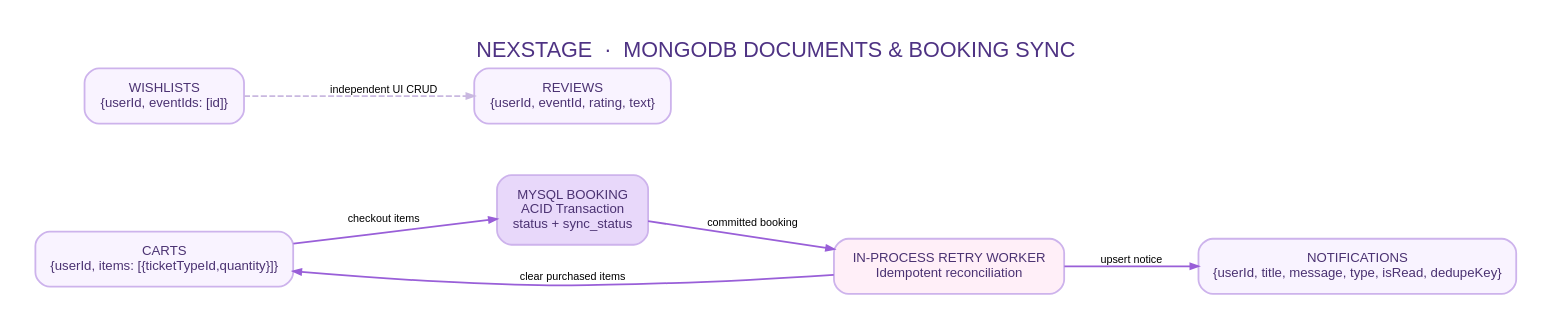
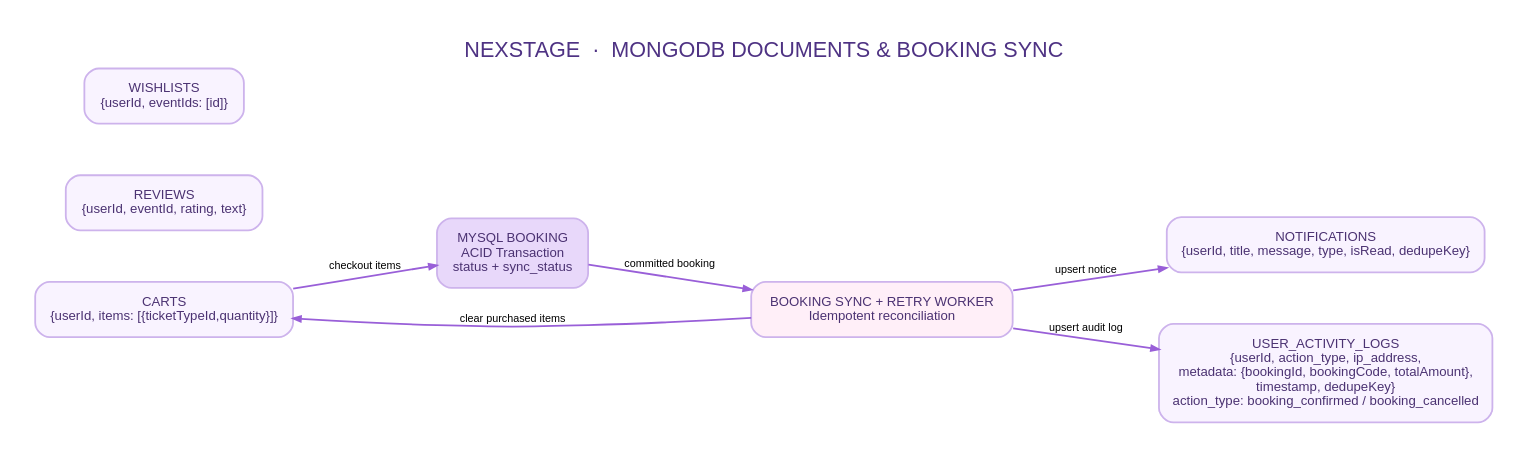
One commit to Inthat6810545999/NEXSTAGE changed the diagram in docs/diagrams/nosql_flow.dot. Above: the diagram before and after it, drawn with Graphviz. The commit also changed 5 other files, not shown here.

Commit message:
docs: update architecture and NoSQL diagrams for activity logs

```diff
--- a/docs/diagrams/nosql_flow.dot
+++ b/docs/diagrams/nosql_flow.dot
@@ -1,16 +1,17 @@
 digraph NOSQL {
  graph [bgcolor="#ffffff",rankdir=LR,nodesep="0.6",ranksep="0.75",pad="0.3",label="NEXSTAGE  ·  MONGODB DOCUMENTS & BOOKING SYNC",labelloc=t,fontname="Arial",fontsize=18,fontcolor="#4e3283"];
  node [shape=box,style="rounded,filled",fillcolor="#f9f3ff",color="#cdb3ec",penwidth=1.5,fontname="Arial",fontsize=11,fontcolor="#4b3272",margin=".20,.15"];
  edge [color="#995fd8",penwidth=1.5,fontsize=9,fontname="Arial",arrowsize=.65];
  cart[label="CARTS\n{userId, items: [{ticketTypeId,quantity}]}" ];
  review[label="REVIEWS\n{userId, eventId, rating, text}" ];
  wishlist[label="WISHLISTS\n{userId, eventIds: [id]}" ];
  notification[label="NOTIFICATIONS\n{userId, title, message, type, isRead, dedupeKey}" ];
+ activity_log[label="USER_ACTIVITY_LOGS\n{userId, action_type, ip_address,\nmetadata: {bookingId, bookingCode, totalAmount},\ntimestamp, dedupeKey}\naction_type: booking_confirmed / booking_cancelled" ];
  sql[label="MYSQL BOOKING\nACID Transaction\nstatus + sync_status",fillcolor="#e8d8fa"];
- worker[label="IN-PROCESS RETRY WORKER\nIdempotent reconciliation",fillcolor="#ffeff8"];
+ worker[label="BOOKING SYNC + RETRY WORKER\nIdempotent reconciliation",fillcolor="#ffeff8"];
  cart->sql[label=" checkout items "];
  sql->worker[label=" committed booking "];
  worker->cart [label=" clear purchased items "];
  worker->notification [label=" upsert notice "];
- wishlist->review [style=dashed,color="#c9b8e0",label=" independent UI CRUD "];
+ worker->activity_log [label=" upsert audit log "];
 }
```
